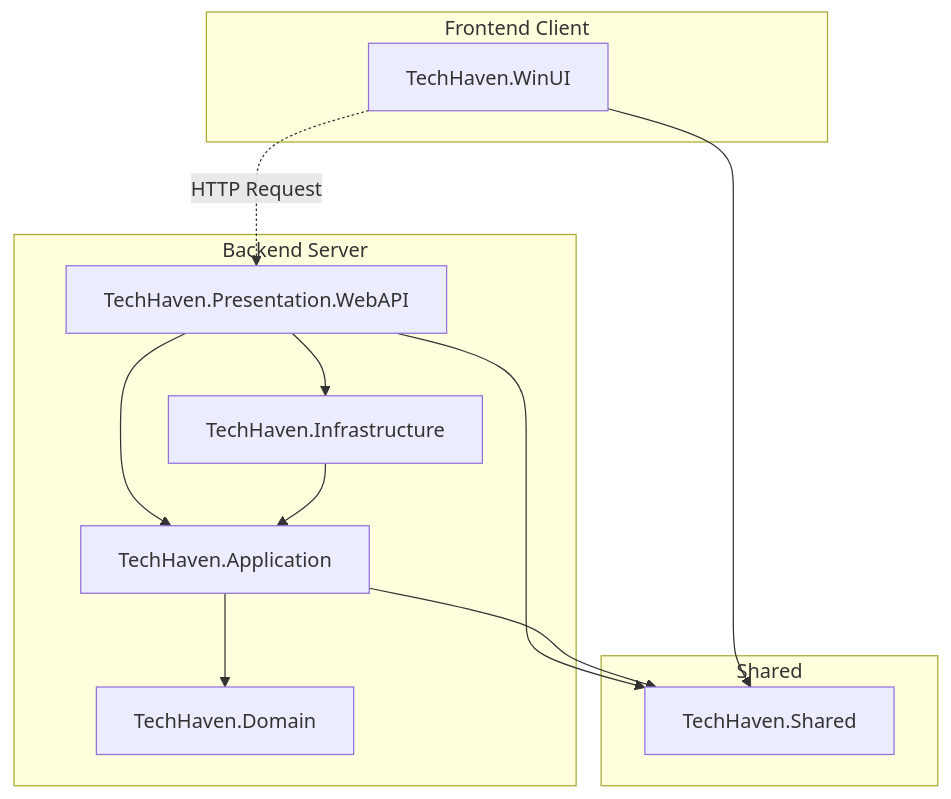
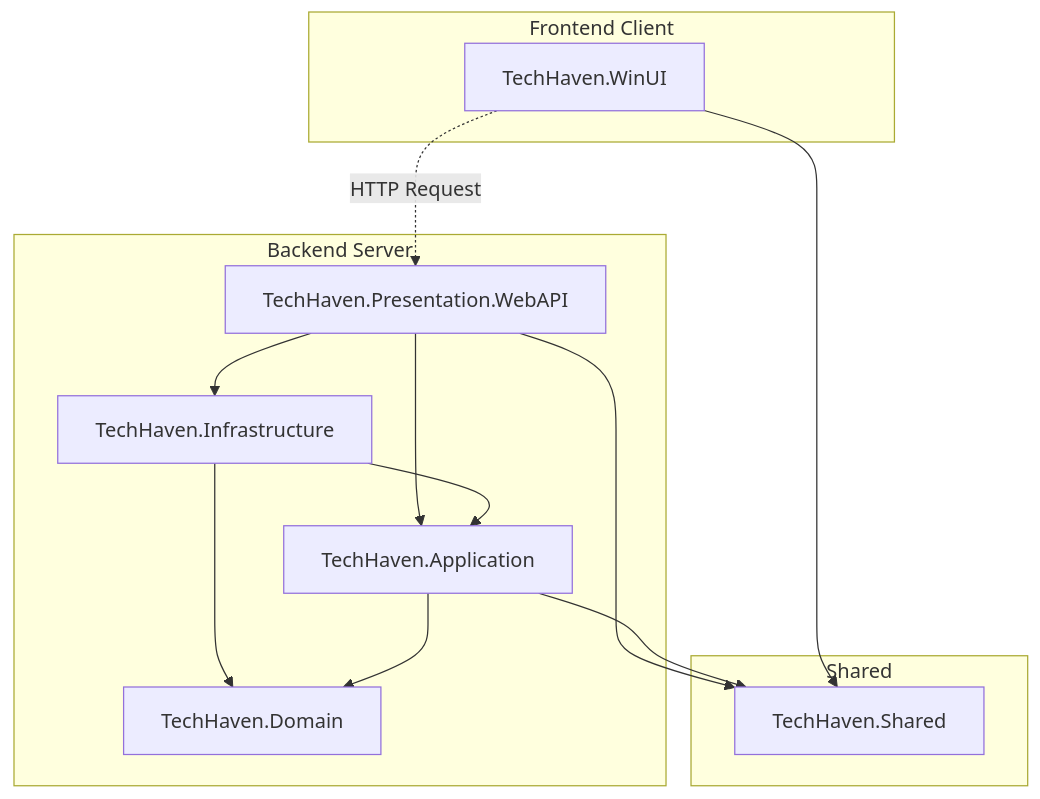
One commit to tranquocvy/window-shop-docs changed the third of 4 diagrams in project_proposals/project_proposal_1.md. Above: the diagram before and after it, drawn with Mermaid. The commit also changed other lines of this file, not shown here.

````diff
--- a/project_proposals/project_proposal_1.md
+++ b/project_proposals/project_proposal_1.md
@@ -336,30 +336,31 @@
 ```mermaid
 graph TD
     subgraph "Frontend Client"
         WinUI[TechHaven.WinUI]
     end
 
     subgraph "Backend Server"
         WebAPI[TechHaven.Presentation.WebAPI]
         Infra[TechHaven.Infrastructure]
         App[TechHaven.Application]
         Domain[TechHaven.Domain]
     end
 
     subgraph "Shared"
         Contracts[TechHaven.Shared]
     end
 
     %% Dependencies
     WinUI --> Contracts
     WinUI -. HTTP Request .-> WebAPI
 
     WebAPI --> App
     WebAPI --> Infra
     WebAPI --> Contracts
 
     Infra --> App
+    Infra --> Domain
     App --> Domain
     App --> Contracts
 
 ```
````
